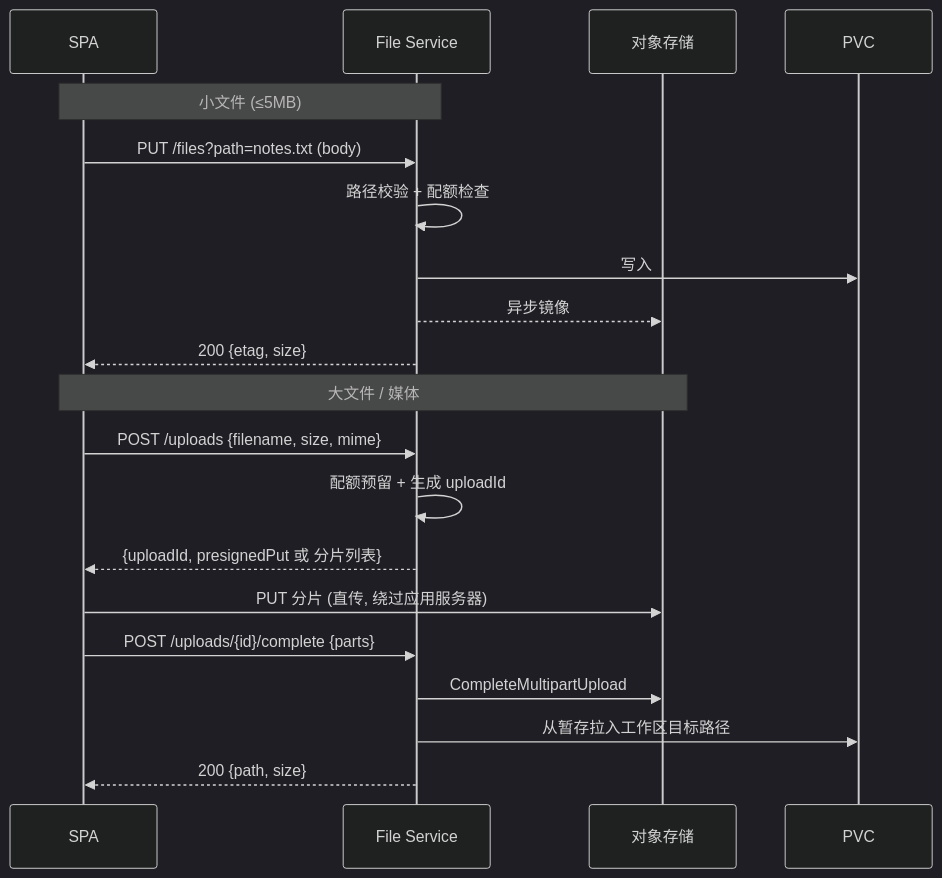
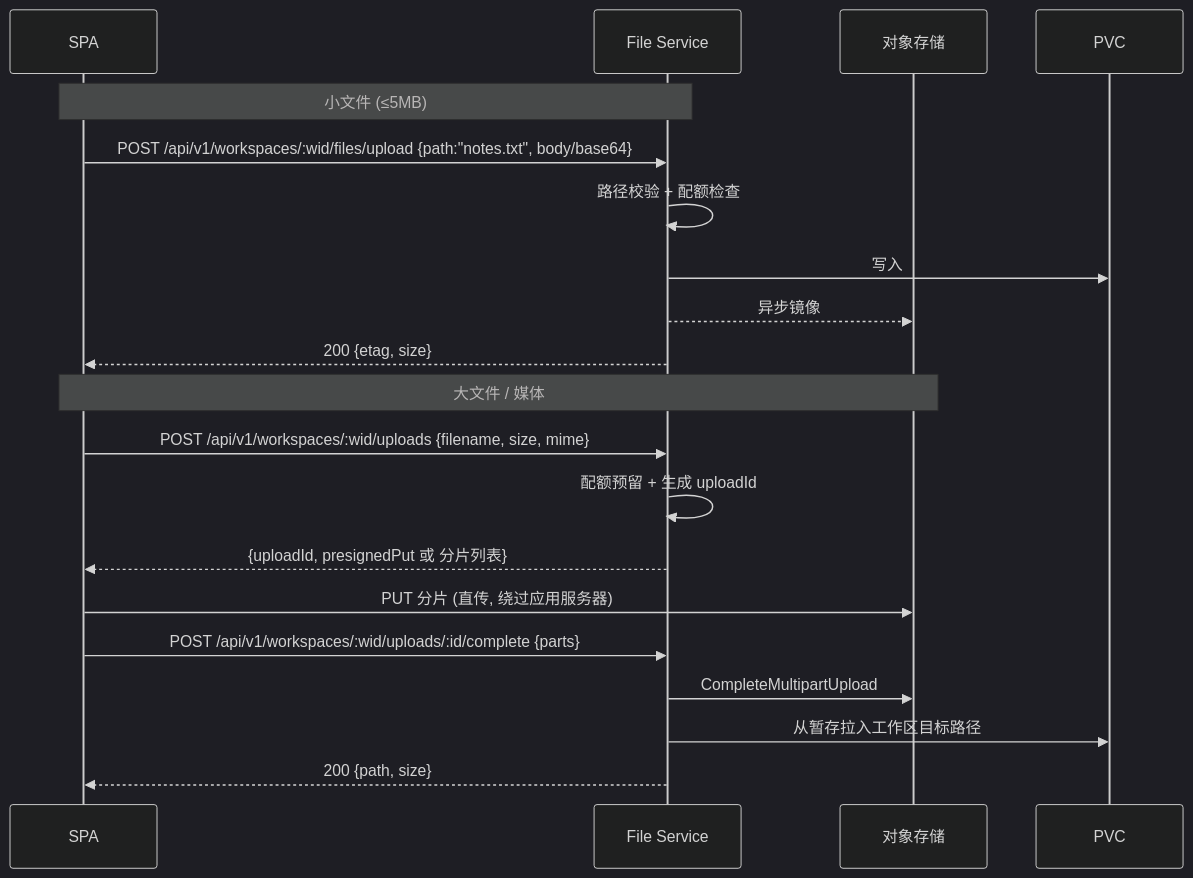
Before and after one commit to edward-ng-duke/LobsterAI: the fourth of 7 diagrams in 改造计划/08-文件工作区与对象存储.md, drawn with Mermaid (dark theme). The commit also changed other lines of this file and 27 other files, not shown here.

````diff
--- a/改造计划/08-文件工作区与对象存储.md
+++ b/改造计划/08-文件工作区与对象存储.md
@@ -339,24 +347,24 @@
 ```mermaid
 sequenceDiagram
   participant UI as SPA
   participant FS as File Service
   participant S3 as 对象存储
   participant PVC as PVC
 
   Note over UI,FS: 小文件 (≤5MB)
-  UI->>FS: PUT /files?path=notes.txt (body)
+  UI->>FS: POST /api/v1/workspaces/:wid/files/upload {path:"notes.txt", body/base64}
   FS->>FS: 路径校验 + 配额检查
   FS->>PVC: 写入
   FS-->>S3: 异步镜像
   FS-->>UI: 200 {etag, size}
 
   Note over UI,S3: 大文件 / 媒体
-  UI->>FS: POST /uploads {filename, size, mime}
+  UI->>FS: POST /api/v1/workspaces/:wid/uploads {filename, size, mime}
   FS->>FS: 配额预留 + 生成 uploadId
   FS-->>UI: {uploadId, presignedPut 或 分片列表}
   UI->>S3: PUT 分片 (直传, 绕过应用服务器)
-  UI->>FS: POST /uploads/{id}/complete {parts}
+  UI->>FS: POST /api/v1/workspaces/:wid/uploads/:id/complete {parts}
   FS->>S3: CompleteMultipartUpload
   FS->>PVC: 从暂存拉入工作区目标路径
   FS-->>UI: 200 {path, size}
 ```
````
